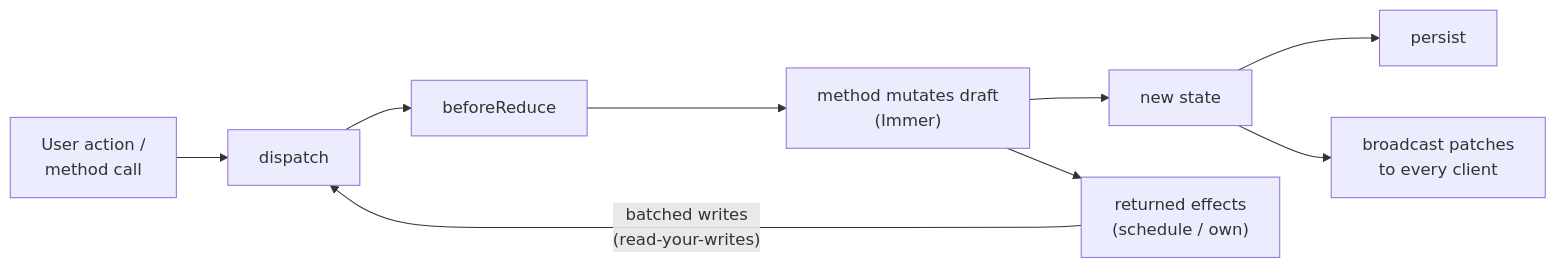
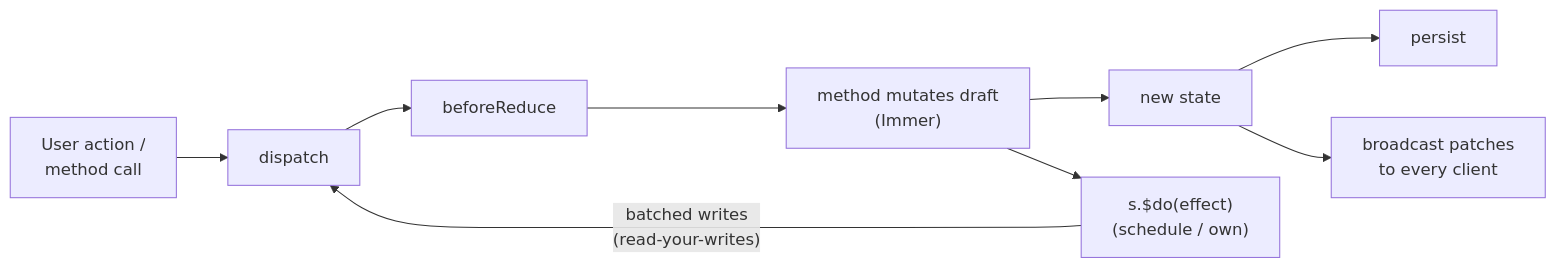
The second of 3 diagrams in docs/basics/architecture.md (riagentic/aio), drawn with Mermaid before and after one commit. The commit also changed 601 other files, not shown here.

````diff
--- a/docs/basics/architecture.md
+++ b/docs/basics/architecture.md
@@ -41,11 +41,11 @@
 ```mermaid
 flowchart LR
     U[User action /<br/>method call] --> D[dispatch]
     D --> M[beforeReduce]
     M --> R["method mutates draft<br/>(Immer)"]
     R --> S[new state]
-    R --> FX["returned effects<br/>(schedule / own)"]
+    R --> FX["s.$do(effect)<br/>(schedule / own)"]
     FX -- "batched writes<br/>(read-your-writes)" --> D
     S --> P[persist]
     S --> BC[broadcast patches<br/>to every client]
 ```
````
